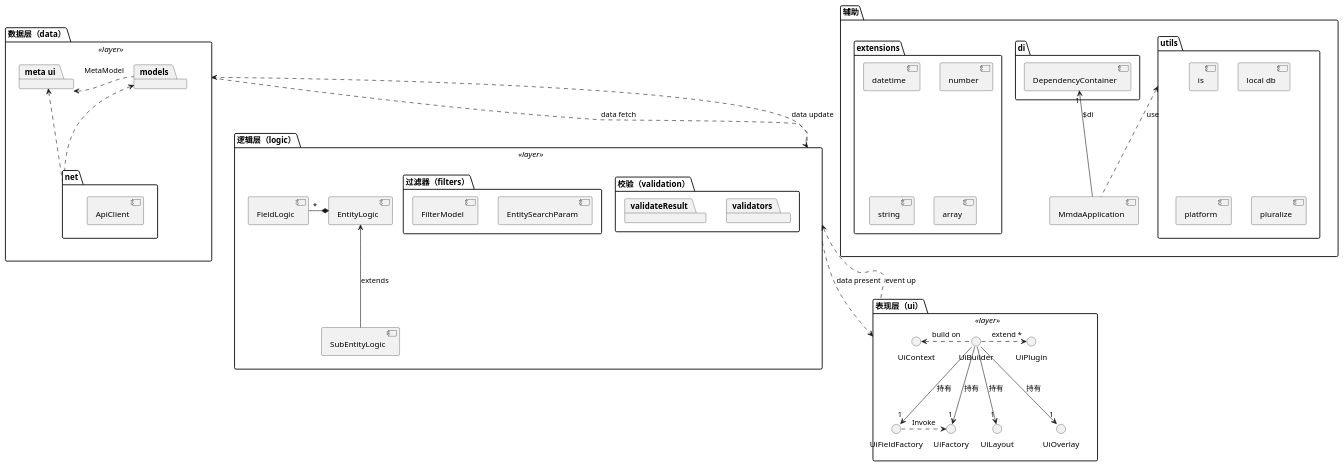
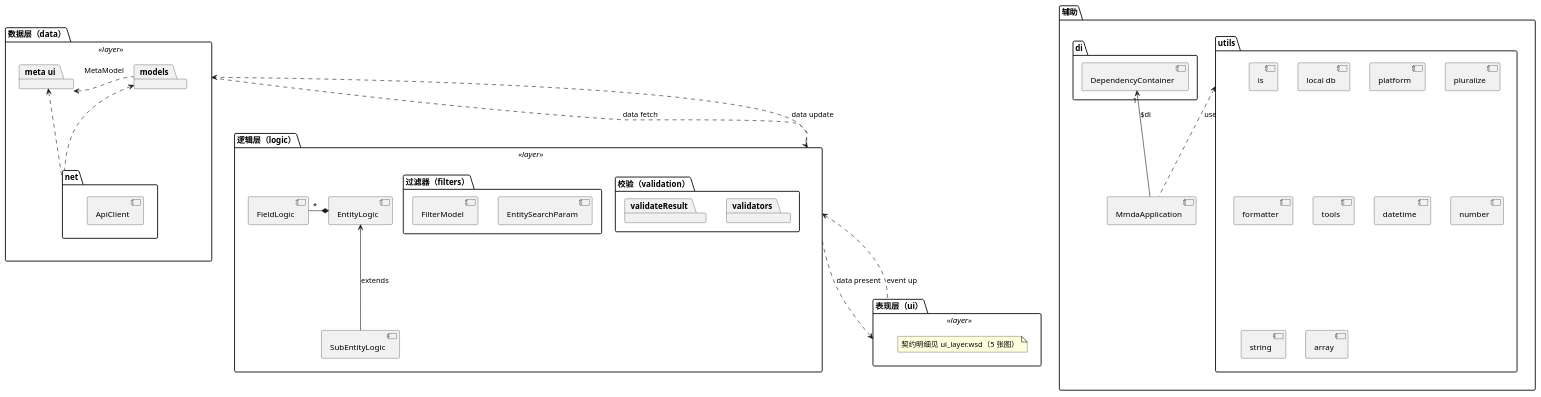
The diagram in docs/design/layers_architecture.wsd (Roy7611/mmda-vue), drawn with PlantUML before and after one commit. The commit also changed other lines of this file and 356 other files, not shown here.

```diff
--- a/docs/design/layers_architecture.wsd
+++ b/docs/design/layers_architecture.wsd
@@ -39,73 +39,59 @@
 @startuml core_layer
 package "数据层（data）" <<layer>> as data_layer {
   package "meta ui"
   package "models"
   package "net" {
     component ApiClient
   }
 
 
   "models" .left.> "meta ui" : MetaModel
   "net" .up.> "meta ui"
   "net" .up.> "models"
 
 }
 package "辅助" as helpers {
   package "utils" {
     [is]
     [local db]
     [platform]
     [pluralize]
-  }
-  package "extensions" {
+    [formatter]
+    [tools]
     [datetime]
     [number]
     [string]
     [array]
   }
   package "di" {
     [DependencyContainer]
   }
   component MmdaApplication
   MmdaApplication -up-> "1" DependencyContainer : $di
   MmdaApplication .up.> "utils" : use
 }
 package "逻辑层（logic）" <<layer>> as logic_layer {
   [EntityLogic]
   [SubEntityLogic]
   [FieldLogic]
   package "校验（validation）" {
     package validators
     package validateResult
   }
   package "过滤器（filters）" {
     [EntitySearchParam]
     [FilterModel]
   }
   EntityLogic *-left- "*" FieldLogic
   SubEntityLogic -up-> EntityLogic : extends
 }
 
 package "表现层（ui）" <<layer>> as ui_layer {
-    interface UiBuilder
-    interface UiContext
-    interface UiPlugin
-    interface UiLayout
-    interface UiOverlay
-    interface UiFieldFactory
-    interface UiFactory
-
-    UiBuilder .left.> UiContext : build on
-    UiBuilder .right.> "*" UiPlugin : extend
-    UiBuilder -down-> "1" UiLayout : 持有
-    UiBuilder -down-> "1" UiOverlay : 持有
-    UiBuilder -down-> "1" UiFieldFactory : 持有
-    UiBuilder -down-> "1" UiFactory : 持有
-    UiFieldFactory .right.> UiFactory : Invoke
+    note "契约明细见 ui_layer.wsd（5 张图）" as N1
 }
 
 data_layer .down.> logic_layer : data fetch
 logic_layer .down.> ui_layer : data present
 ui_layer .up.> logic_layer : event up
 logic_layer .up.> data_layer : data update
 @enduml
```
